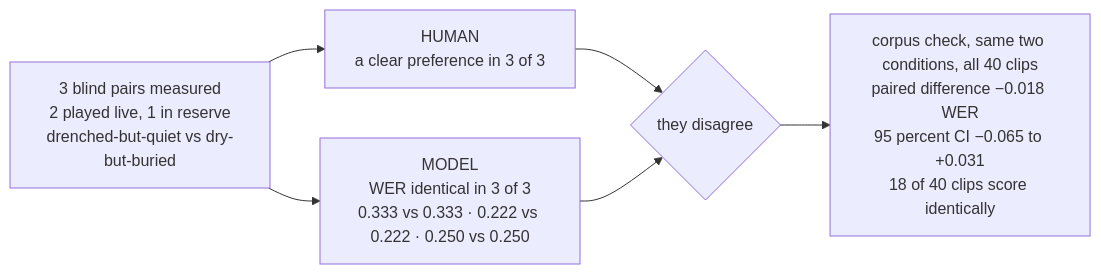
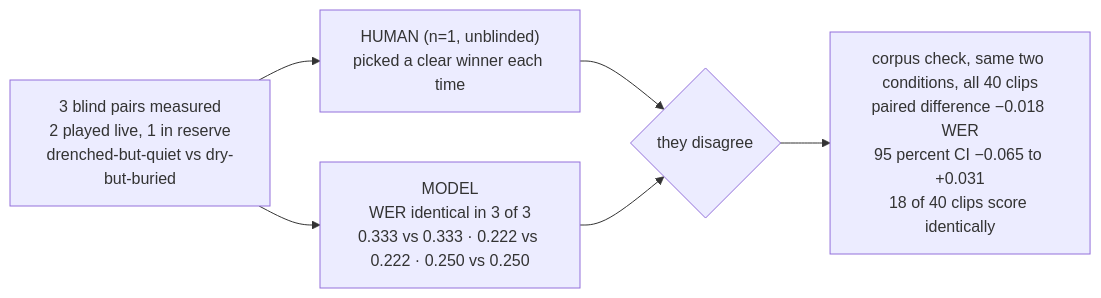
The second of 3 diagrams in README.md (sundarsubramanian22/deadzone), drawn with Mermaid before and after one commit. The commit also changed other lines of this file, not shown here.

Commit message:
Tighten README: fix population labels, cut chart-redundant tables, correct condition math

````diff
--- a/README.md
+++ b/README.md
@@ -113,8 +128,8 @@
 ```mermaid
 flowchart LR
-  P["3 blind pairs measured<br/>2 played live, 1 in reserve<br/>drenched-but-quiet vs dry-but-buried"] --> H["HUMAN<br/>a clear preference in 3 of 3"]
+  P["3 blind pairs measured<br/>2 played live, 1 in reserve<br/>drenched-but-quiet vs dry-but-buried"] --> H["HUMAN (n=1, unblinded)<br/>picked a clear winner each time"]
   P --> M["MODEL<br/>WER identical in 3 of 3<br/>0.333 vs 0.333 · 0.222 vs 0.222 · 0.250 vs 0.250"]
   H --> D{"they disagree"}
   M --> D
   D --> C["corpus check, same two conditions, all 40 clips<br/>paired difference −0.018 WER<br/>95 percent CI −0.065 to +0.031<br/>18 of 40 clips score identically"]
 ```
````
